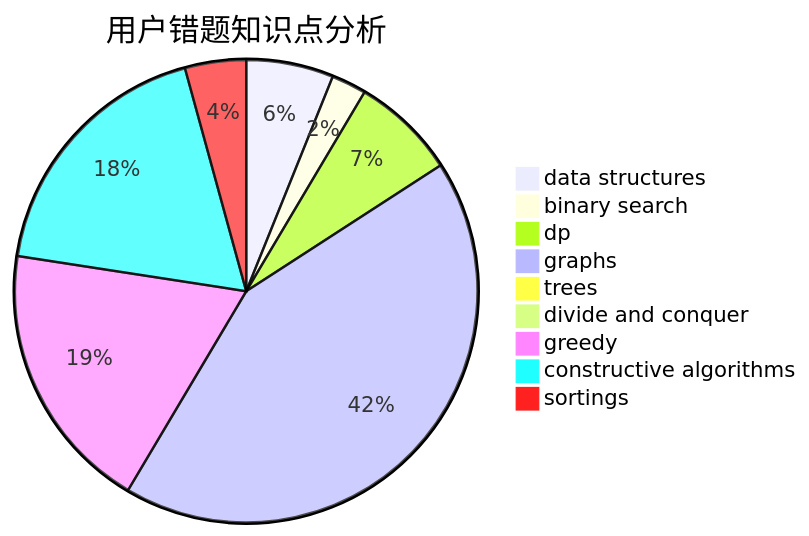
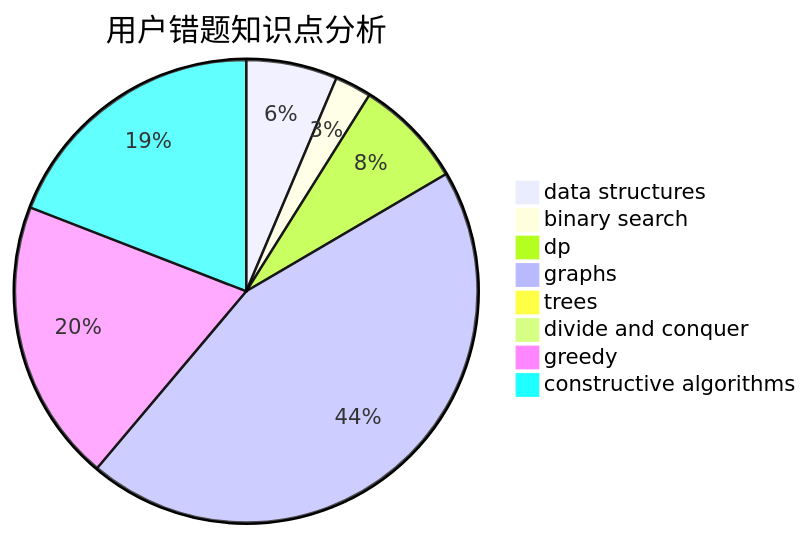
The third of 3 diagrams in docs/user/u1668.md (sherpahu/cfrs.github.io), drawn with Mermaid before and after one commit. The commit also changed other lines of this file and 2769 other files, not shown here.

````diff
--- a/docs/user/u1668.md
+++ b/docs/user/u1668.md
@@ -32,12 +31,11 @@
 ```mermaid
 pie title 用户错题知识点分析
     "data structures" :  10
     "binary search" :  4
     "dp" :  12
     "graphs" :  70
     "trees" :  0
     "divide and conquer" :  1
     "greedy" :  31
     "constructive algorithms" :  30
-    "sortings" :  7
 ```
````
